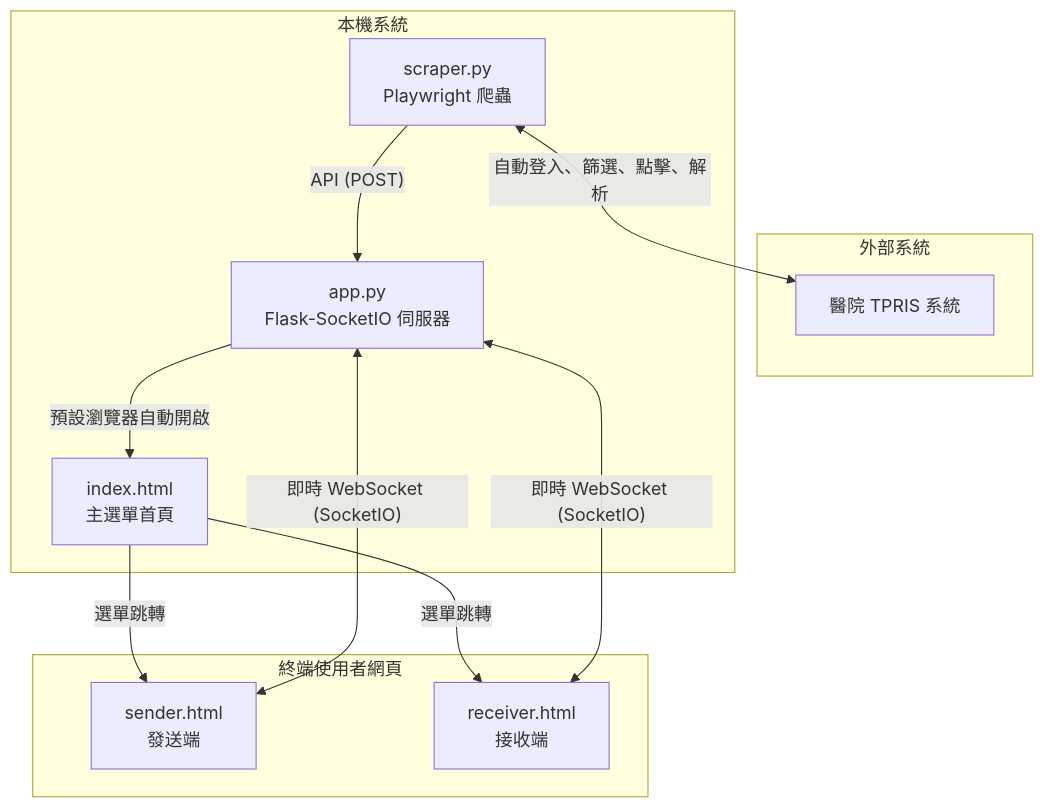
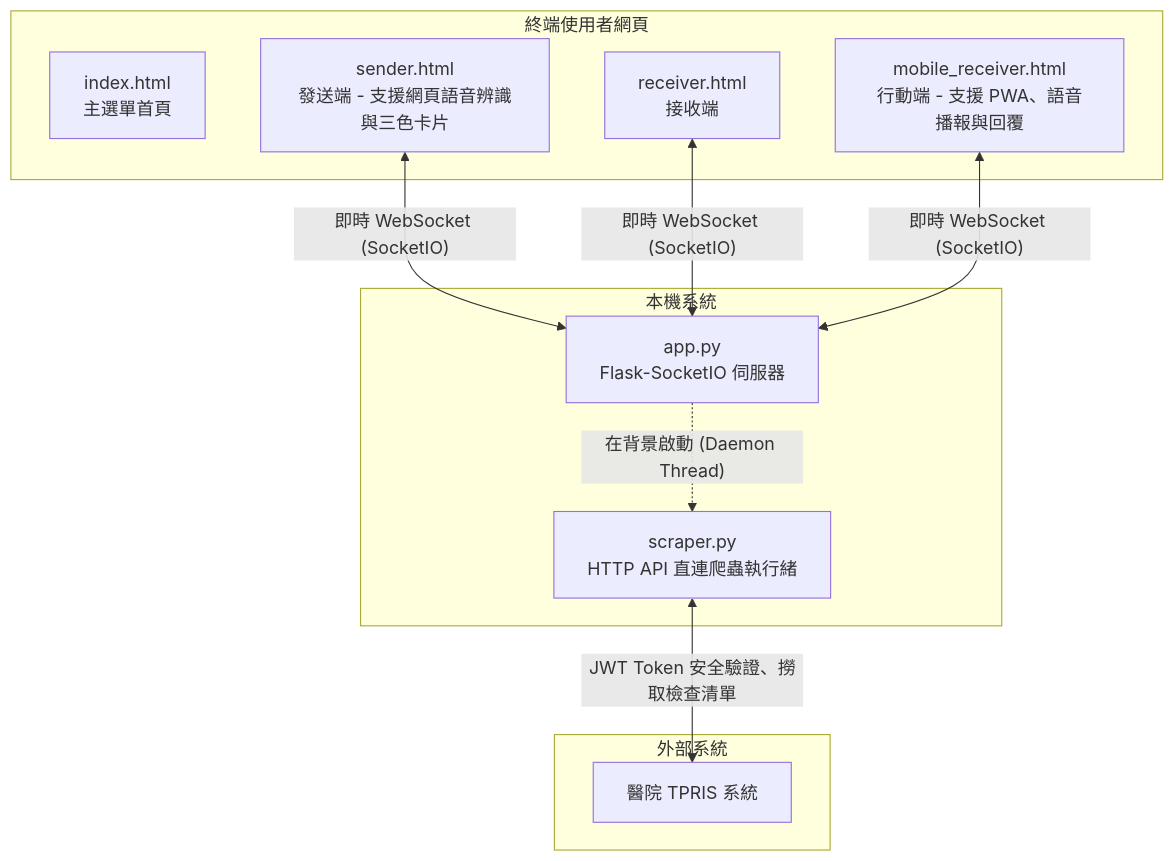
One commit to cat670500-hub/QCC changed the diagram in README.md. Above: the diagram before and after it, drawn with Mermaid. The commit also changed other lines of this file, not shown here.

````diff
--- a/README.md
+++ b/README.md
@@ -28,21 +47,25 @@
 ```mermaid
 graph TD
     subgraph 外部系統
         TPRIS[醫院 TPRIS 系統]
     end
 
     subgraph 本機系統
-        Scraper[scraper.py<br>Playwright 爬蟲] -- "API (POST)" --> Server[app.py<br>Flask-SocketIO 伺服器]
-        Server -- "預設瀏覽器自動開啟" --> WebPortal[index.html<br>主選單首頁]
+        AppServer[app.py<br>Flask-SocketIO 伺服器]
+        Scraper[scraper.py<br>HTTP API 直連爬蟲執行緒]
+        AppServer -. "在背景啟動 (Daemon Thread)" .-> Scraper
     end
 
     subgraph 終端使用者網頁
-        WebPortal -- "選單跳轉" --> Sender[sender.html<br>發送端]
-        WebPortal -- "選單跳轉" --> Receiver[receiver.html<br>接收端]
+        WebPortal[index.html<br>主選單首頁]
+        Sender[sender.html<br>發送端 - 支援網頁語音辨識與三色卡片]
+        Receiver[receiver.html<br>接收端]
+        Mobile[mobile_receiver.html<br>行動端 - 支援 PWA、語音播報與回覆]
         
-        Sender <--> |"即時 WebSocket (SocketIO)"| Server
-        Receiver <--> |"即時 WebSocket (SocketIO)"| Server
+        Sender <--> |"即時 WebSocket (SocketIO)"| AppServer
+        Receiver <--> |"即時 WebSocket (SocketIO)"| AppServer
+        Mobile <--> |"即時 WebSocket (SocketIO)"| AppServer
     end
 
-    Scraper <--> |"自動登入、篩選、點擊、解析"| TPRIS
+    Scraper <--> |"JWT Token 安全驗證、撈取檢查清單"| TPRIS
 ```
````
